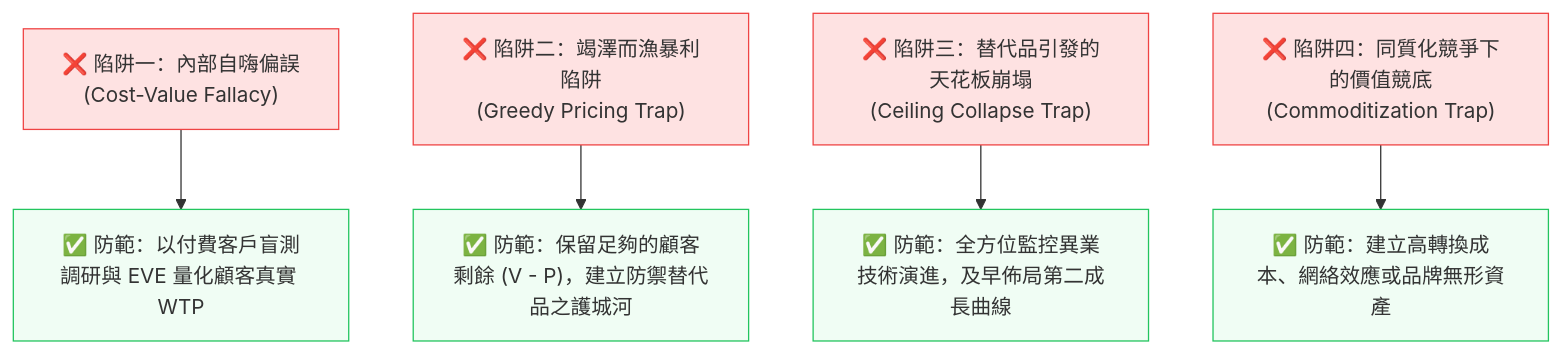
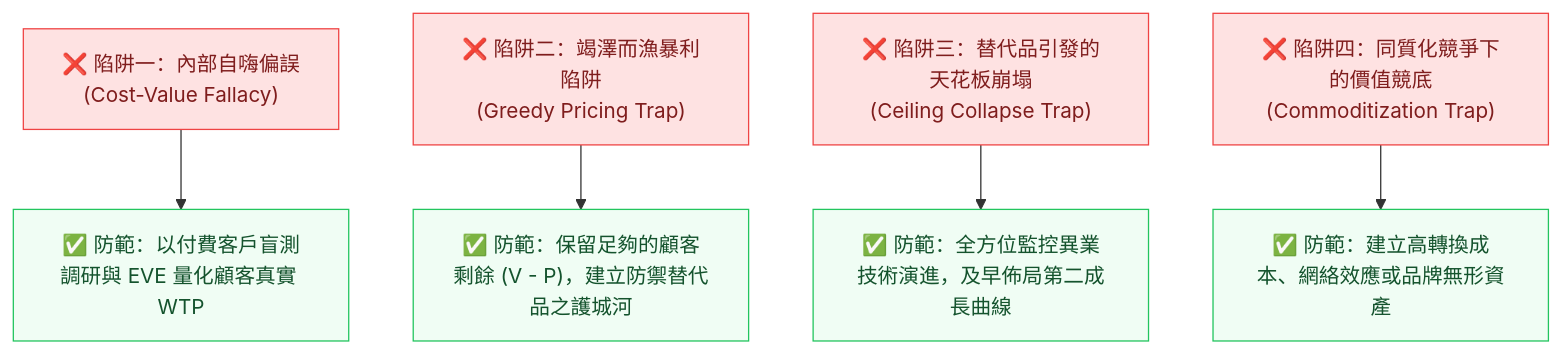
Before and after one commit to Jimlin0428/my-digital-garden: the fifth of 5 diagrams in src/site/notes/98_商業概念庫/vpc-value-price-cost_價值價格成本分析.md, drawn with Mermaid. The commit also changed other lines of this file and 99 other files, not shown here.

````diff
--- a/src/site/notes/98_商業概念庫/vpc-value-price-cost_價值價格成本分析.md
+++ b/src/site/notes/98_商業概念庫/vpc-value-price-cost_價值價格成本分析.md
@@ -246,16 +246,16 @@
 ```mermaid
 flowchart TD
     Pitfall1["❌ 陷阱一：內部自嗨偏誤<br>(Cost-Value Fallacy)"] --> Fix1["✅ 防範：以付費客戶盲測調研與 EVE 量化顧客真實 WTP"]
     Pitfall2["❌ 陷阱二：竭澤而漁暴利陷阱<br>(Greedy Pricing Trap)"] --> Fix2["✅ 防範：保留足夠的顧客剩餘 (V - P)，建立防禦替代品之護城河"]
     Pitfall3["❌ 陷阱三：替代品引發的天花板崩塌<br>(Ceiling Collapse Trap)"] --> Fix3["✅ 防範：全方位監控異業技術演進，及早佈局第二成長曲線"]
     Pitfall4["❌ 陷阱四：同質化競爭下的價值競底<br>(Commoditization Trap)"] --> Fix4["✅ 防範：建立高轉換成本、網絡效應或品牌無形資產"]
 
-    style Pitfall1 fill:#fee2e2,stroke:#ef4444,stroke-width:1px
-    style Pitfall2 fill:#fee2e2,stroke:#ef4444,stroke-width:1px
-    style Pitfall3 fill:#fee2e2,stroke:#ef4444,stroke-width:1px
-    style Pitfall4 fill:#fee2e2,stroke:#ef4444,stroke-width:1px
-    style Fix1 fill:#f0fdf4,stroke:#22c55e,stroke-width:1px
-    style Fix2 fill:#f0fdf4,stroke:#22c55e,stroke-width:1px
-    style Fix3 fill:#f0fdf4,stroke:#22c55e,stroke-width:1px
-    style Fix4 fill:#f0fdf4,stroke:#22c55e,stroke-width:1px
+    style Pitfall1 fill:#fee2e2,stroke:#ef4444,stroke-width:1px,color:#7f1d1d
+    style Pitfall2 fill:#fee2e2,stroke:#ef4444,stroke-width:1px,color:#7f1d1d
+    style Pitfall3 fill:#fee2e2,stroke:#ef4444,stroke-width:1px,color:#7f1d1d
+    style Pitfall4 fill:#fee2e2,stroke:#ef4444,stroke-width:1px,color:#7f1d1d
+    style Fix1 fill:#f0fdf4,stroke:#22c55e,stroke-width:1px,color:#14532d
+    style Fix2 fill:#f0fdf4,stroke:#22c55e,stroke-width:1px,color:#14532d
+    style Fix3 fill:#f0fdf4,stroke:#22c55e,stroke-width:1px,color:#14532d
+    style Fix4 fill:#f0fdf4,stroke:#22c55e,stroke-width:1px,color:#14532d
 ```
````
